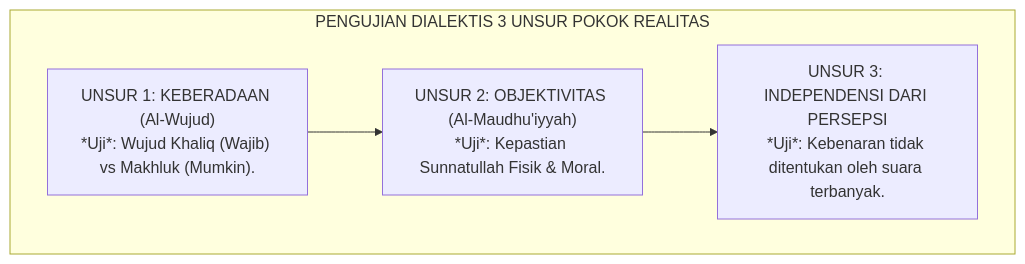
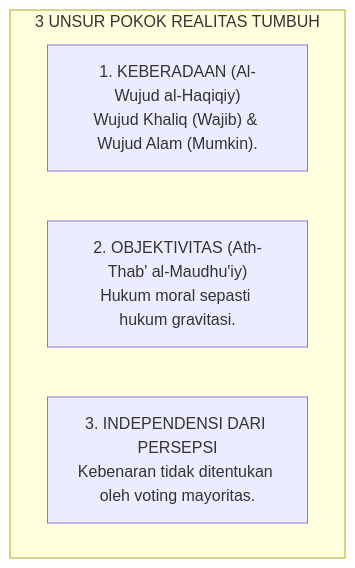
Before and after one commit to wandiapriliyandi/tumbuh: the fifth of 7 diagrams in 01 Philosophy/01 Worldview/P1-01-01-01-Kajian-Dialektika-Inkuiri-dan-Tanya-Jawab-Realitas.md, drawn with Mermaid. The commit also changed other lines of this file, not shown here.

````diff
--- a/01 Philosophy/01 Worldview/P1-01-01-01-Kajian-Dialektika-Inkuiri-dan-Tanya-Jawab-Realitas.md
+++ b/01 Philosophy/01 Worldview/P1-01-01-01-Kajian-Dialektika-Inkuiri-dan-Tanya-Jawab-Realitas.md
@@ -136,10 +161,8 @@
 ```mermaid
 flowchart TD
-    subgraph Uji3Unsur["PENGUJIAN DIALEKTIS 3 UNSUR POKOK REALITAS"]
-        U1["UNSUR 1: KEBERADAAN (Al-Wujud)<br/>*Uji*: Wujud Khaliq (Wajib) vs Makhluk (Mumkin)."]
-        U2["UNSUR 2: OBJEKTIVITAS (Al-Maudhu'iyyah)<br/>*Uji*: Kepastian Sunnatullah Fisik & Moral."]
-        U3["UNSUR 3: INDEPENDENSI DARI PERSEPSI<br/>*Uji*: Kebenaran tidak ditentukan oleh suara terbanyak."]
-        
-        U1 --> U2 --> U3
+    subgraph TigaUnsurClash["3 UNSUR POKOK REALITAS TUMBUH"]
+        U1["1. KEBERADAAN (Al-Wujud al-Haqiqiy)<br/>Wujud Khaliq (Wajib) & Wujud Alam (Mumkin)."]
+        U2["2. OBJEKTIVITAS (Ath-Thab' al-Maudhu'iy)<br/>Hukum moral sepasti hukum gravitasi."]
+        U3["3. INDEPENDENSI DARI PERSEPSI<br/>Kebenaran tidak ditentukan oleh voting mayoritas."]
     end
 ```
````
